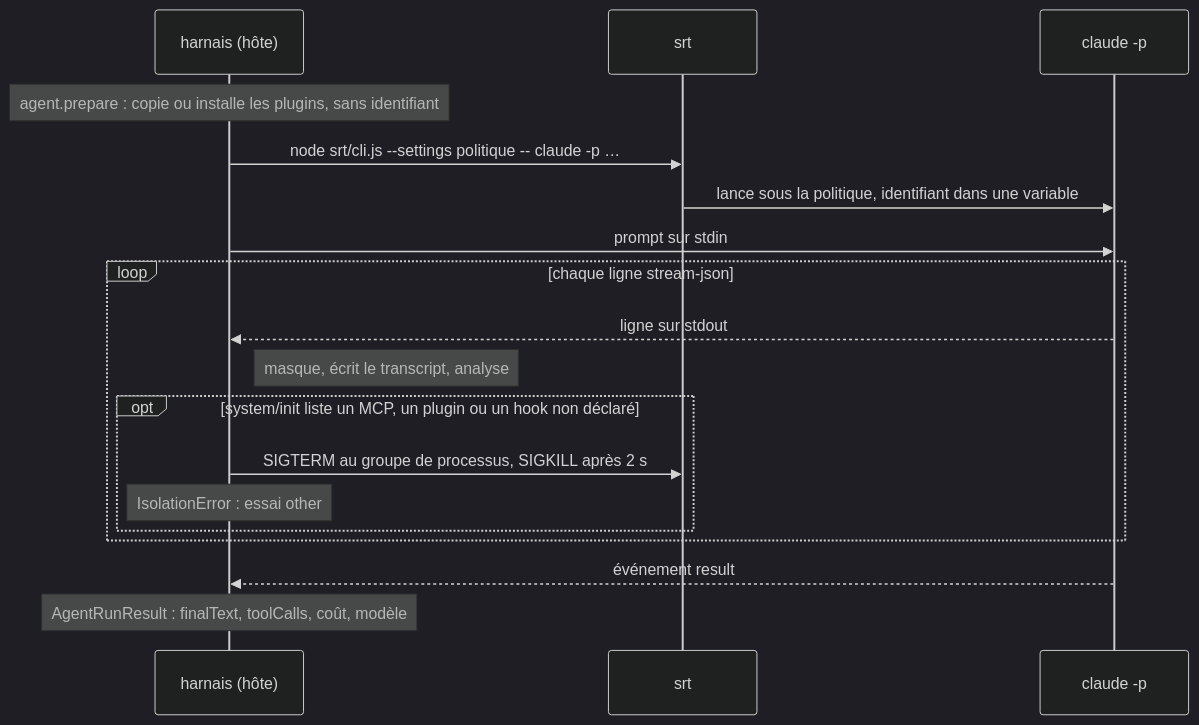
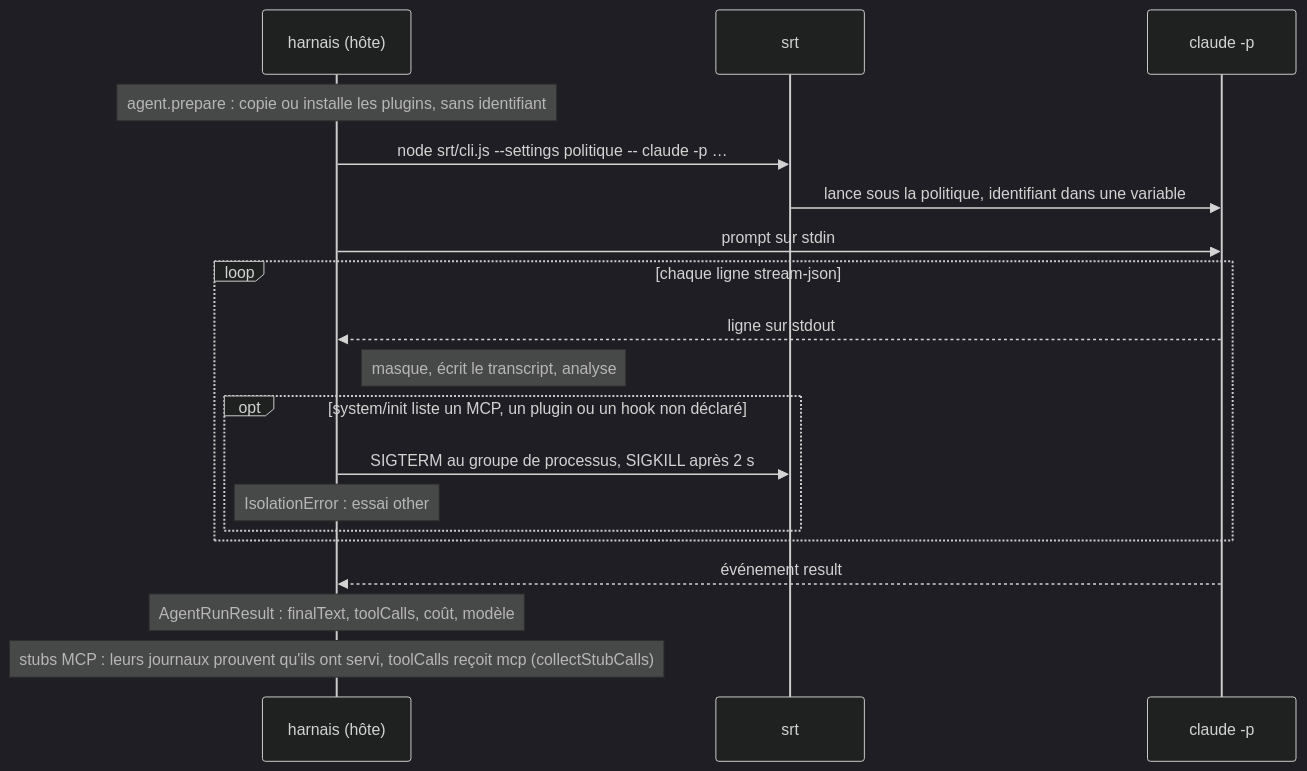
One commit to Luce-Florian/proctor changed the second of 2 diagrams in docs/fr/agents/claude-code/index.md. Above: the diagram before and after it, drawn with Mermaid (dark theme). The commit also changed other lines of this file and 113 other files, not shown here.

First line of the commit message:
feat!: MCP stubs in evals (#27)

````diff
--- a/docs/fr/agents/claude-code/index.md
+++ b/docs/fr/agents/claude-code/index.md
@@ -16,20 +16,21 @@
 ```mermaid
 sequenceDiagram
     participant H as harnais (hôte)
     participant S as srt
     participant C as claude -p
     Note over H: agent.prepare : copie ou installe les plugins, sans identifiant
     H->>S: node srt/cli.js --settings politique -- claude -p …
     S->>C: lance sous la politique, identifiant dans une variable
     H->>C: prompt sur stdin
     loop chaque ligne stream-json
         C-->>H: ligne sur stdout
         Note right of H: masque, écrit le transcript, analyse
         opt system/init liste un MCP, un plugin ou un hook non déclaré
             H->>S: SIGTERM au groupe de processus, SIGKILL après 2 s
             Note over H: IsolationError : essai other
         end
     end
     C-->>H: événement result
     Note over H: AgentRunResult : finalText, toolCalls, coût, modèle
+    Note over H: stubs MCP : leurs journaux prouvent qu'ils ont servi, toolCalls reçoit mcp (collectStubCalls)
 ```
````
